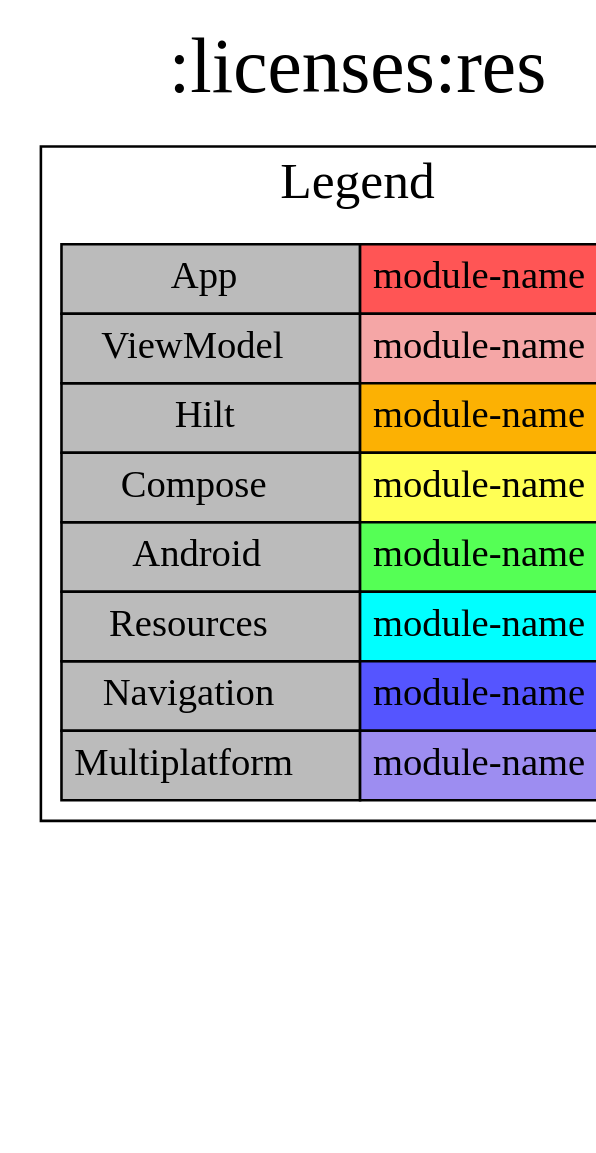
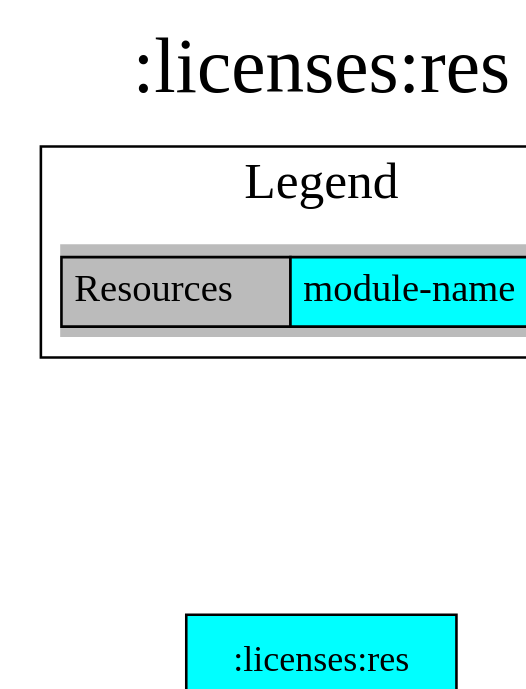
The diagram in modules/licenses/res/project-dependency-graph.dot (jonapoul/aktual), drawn with Graphviz before and after one commit. The commit also changed 97 other files, not shown here.

```diff
--- a/modules/licenses/res/project-dependency-graph.dot
+++ b/modules/licenses/res/project-dependency-graph.dot
@@ -1,27 +1,20 @@
 digraph {
 edge ["dir"="forward"]
 graph ["dpi"="100","label"=":licenses:res","labelloc"="t","fontsize"="30","ranksep"="1.5","rankdir"="TB"]
 node ["style"="filled"]
 ":licenses:res" ["shape"="box","fillcolor"="#00FFFF"]
 {
 edge ["dir"="none"]
 graph ["rank"="same"]
 ":licenses:res"
 }
 subgraph "cluster_legend" {
 edge ["dir"="none"]
 graph ["label"="Legend","fontsize"="20"]
 "Legend" ["style"="filled","fillcolor"="#bbbbbb","shape"="none","margin"="0","fontsize"="15","label"=<
 <TABLE BORDER="0" CELLBORDER="1" CELLSPACING="0" CELLPADDING="4">
-<TR><TD>App</TD><TD BGCOLOR="#FF5555">module-name</TD></TR>
-<TR><TD>ViewModel</TD><TD BGCOLOR="#F5A6A6">module-name</TD></TR>
-<TR><TD>Hilt</TD><TD BGCOLOR="#FCB103">module-name</TD></TR>
-<TR><TD>Compose</TD><TD BGCOLOR="#FFFF55">module-name</TD></TR>
-<TR><TD>Android</TD><TD BGCOLOR="#55FF55">module-name</TD></TR>
 <TR><TD>Resources</TD><TD BGCOLOR="#00FFFF">module-name</TD></TR>
-<TR><TD>Navigation</TD><TD BGCOLOR="#5555FF">module-name</TD></TR>
-<TR><TD>Multiplatform</TD><TD BGCOLOR="#9D8DF1">module-name</TD></TR>
 </TABLE>
 >]
 } -> ":licenses:res" ["style"="invis"]
 }
```
